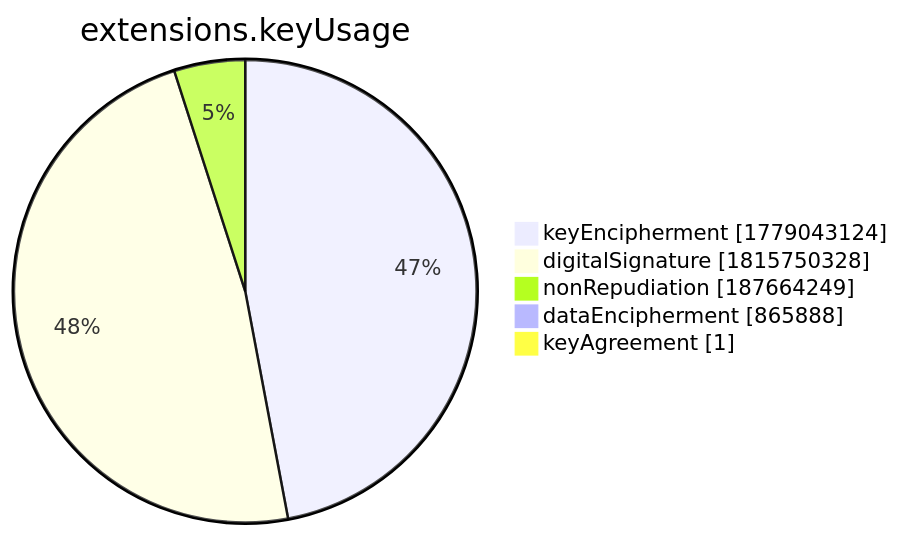
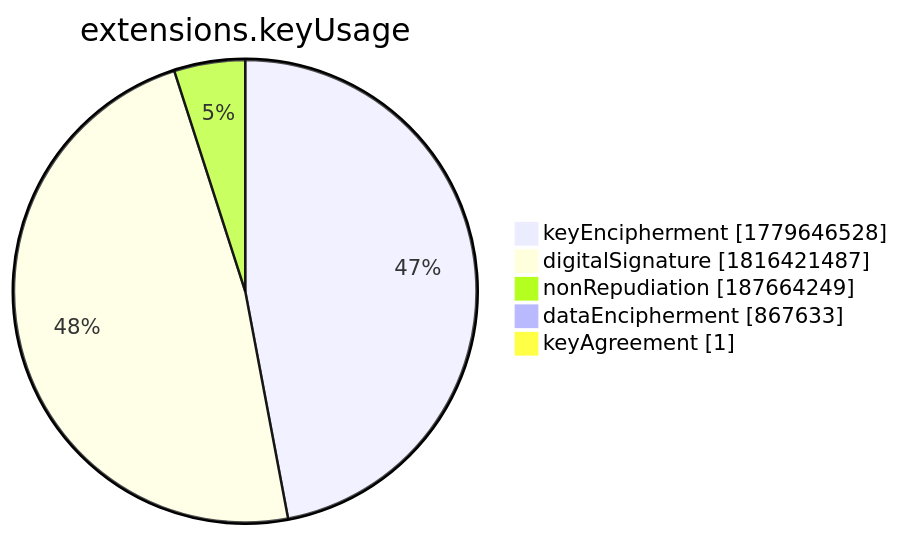
The seventh of 15 diagrams in xenon2022/README.md (christiankrug/ctmonitor_visualization), drawn with Mermaid before and after one commit. The commit also changed other lines of this file, not shown here.

````diff
--- a/xenon2022/README.md
+++ b/xenon2022/README.md
@@ -2859,9 +2859,9 @@
 ```mermaid
 pie showData
 title extensions.keyUsage
-"keyEncipherment" :1779043124
-"digitalSignature" :1815750328
+"keyEncipherment" :1779646528
+"digitalSignature" :1816421487
 "nonRepudiation" :187664249
-"dataEncipherment" :865888
+"dataEncipherment" :867633
 "keyAgreement" :1
 ```
````
